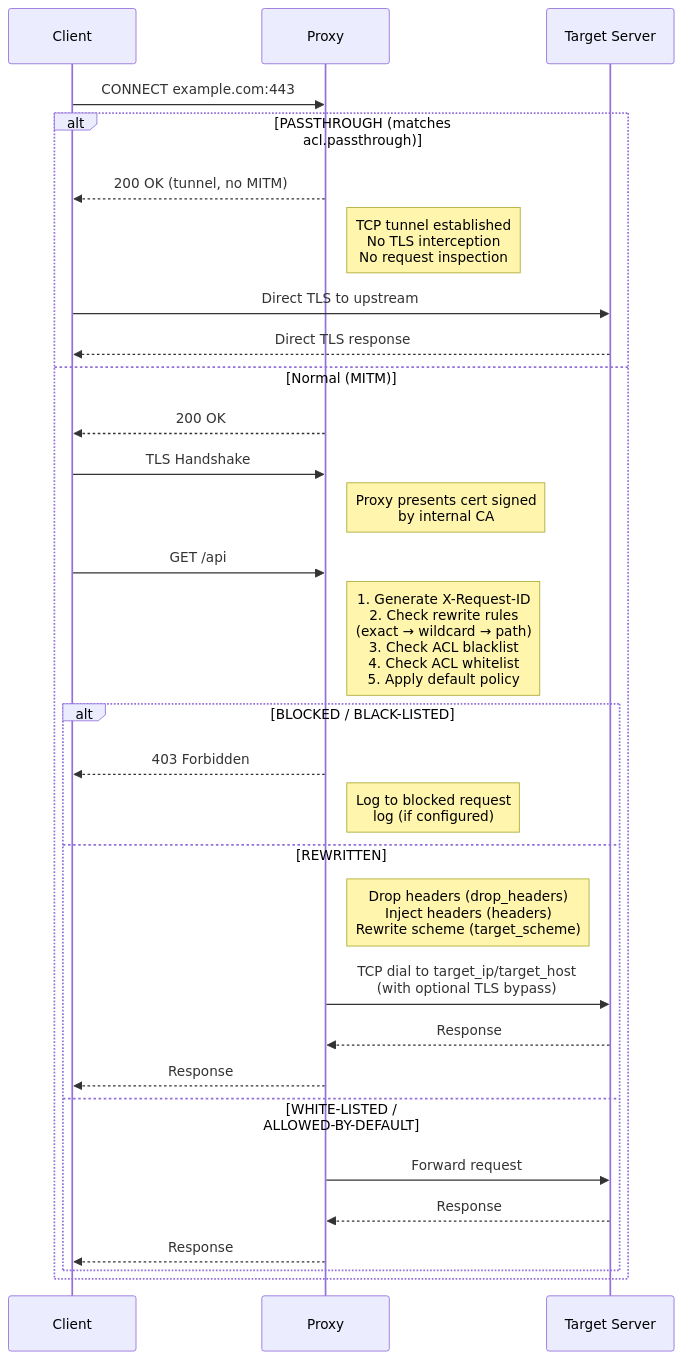
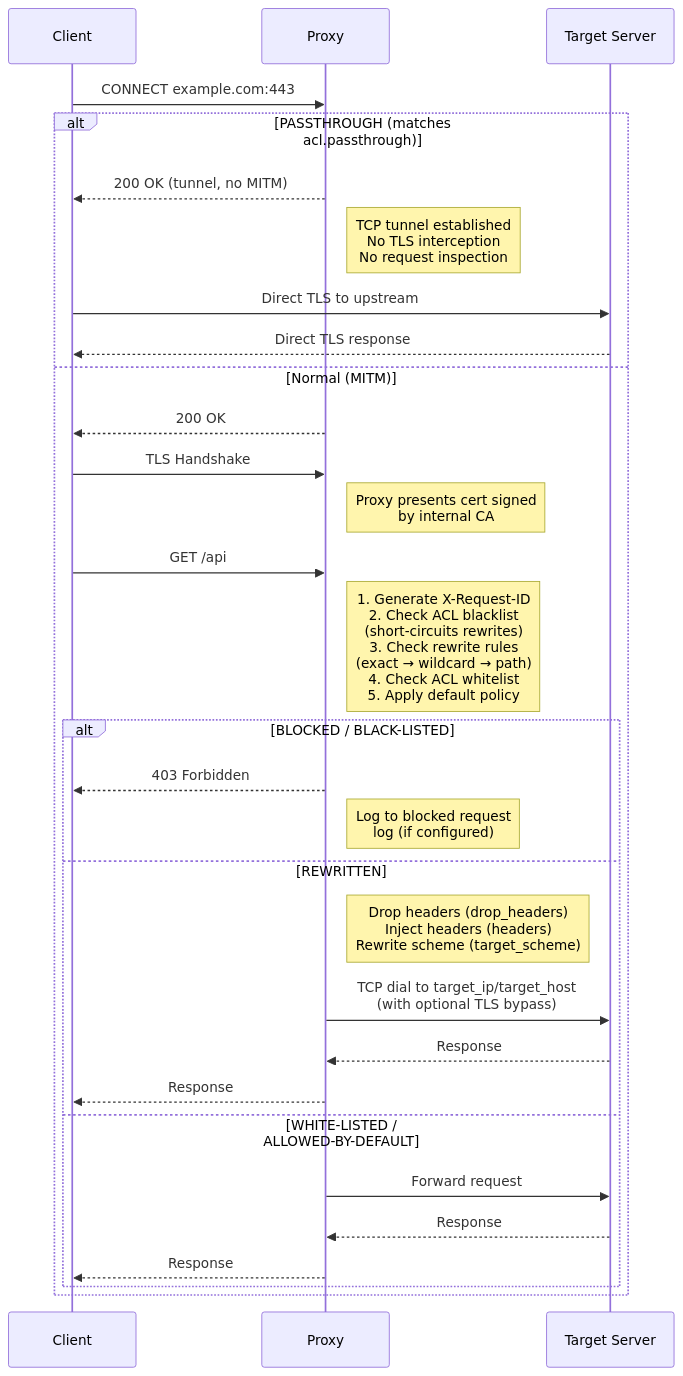
Before and after one commit to datarocks-ag/go-egress-mitm-proxy: the first of 4 diagrams in doc/architecture.md, drawn with Mermaid. The commit also changed other lines of this file and 4 other files, not shown here.

````diff
--- a/doc/architecture.md
+++ b/doc/architecture.md
@@ -9,37 +9,37 @@
 ```mermaid
 sequenceDiagram
     participant Client
     participant Proxy
     participant Target as Target Server
 
     Client->>Proxy: CONNECT example.com:443
 
     alt PASSTHROUGH (matches acl.passthrough)
         Proxy-->>Client: 200 OK (tunnel, no MITM)
         Note right of Proxy: TCP tunnel established<br/>No TLS interception<br/>No request inspection
         Client->>Target: Direct TLS to upstream
         Target-->>Client: Direct TLS response
     else Normal (MITM)
         Proxy-->>Client: 200 OK
 
         Client->>Proxy: TLS Handshake
         Note right of Proxy: Proxy presents cert signed<br/>by internal CA
 
         Client->>Proxy: GET /api
-        Note right of Proxy: 1. Generate X-Request-ID<br/>2. Check rewrite rules<br/>   (exact → wildcard → path)<br/>3. Check ACL blacklist<br/>4. Check ACL whitelist<br/>5. Apply default policy
+        Note right of Proxy: 1. Generate X-Request-ID<br/>2. Check ACL blacklist<br/>   (short-circuits rewrites)<br/>3. Check rewrite rules<br/>   (exact → wildcard → path)<br/>4. Check ACL whitelist<br/>5. Apply default policy
 
     alt BLOCKED / BLACK-LISTED
         Proxy-->>Client: 403 Forbidden
         Note right of Proxy: Log to blocked request<br/>log (if configured)
     else REWRITTEN
         Note right of Proxy: Drop headers (drop_headers)<br/>Inject headers (headers)<br/>Rewrite scheme (target_scheme)
         Proxy->>Target: TCP dial to target_ip/target_host<br/>(with optional TLS bypass)
         Target-->>Proxy: Response
         Proxy-->>Client: Response
     else WHITE-LISTED / ALLOWED-BY-DEFAULT
         Proxy->>Target: Forward request
         Target-->>Proxy: Response
         Proxy-->>Client: Response
     end
     end
 ```
````
